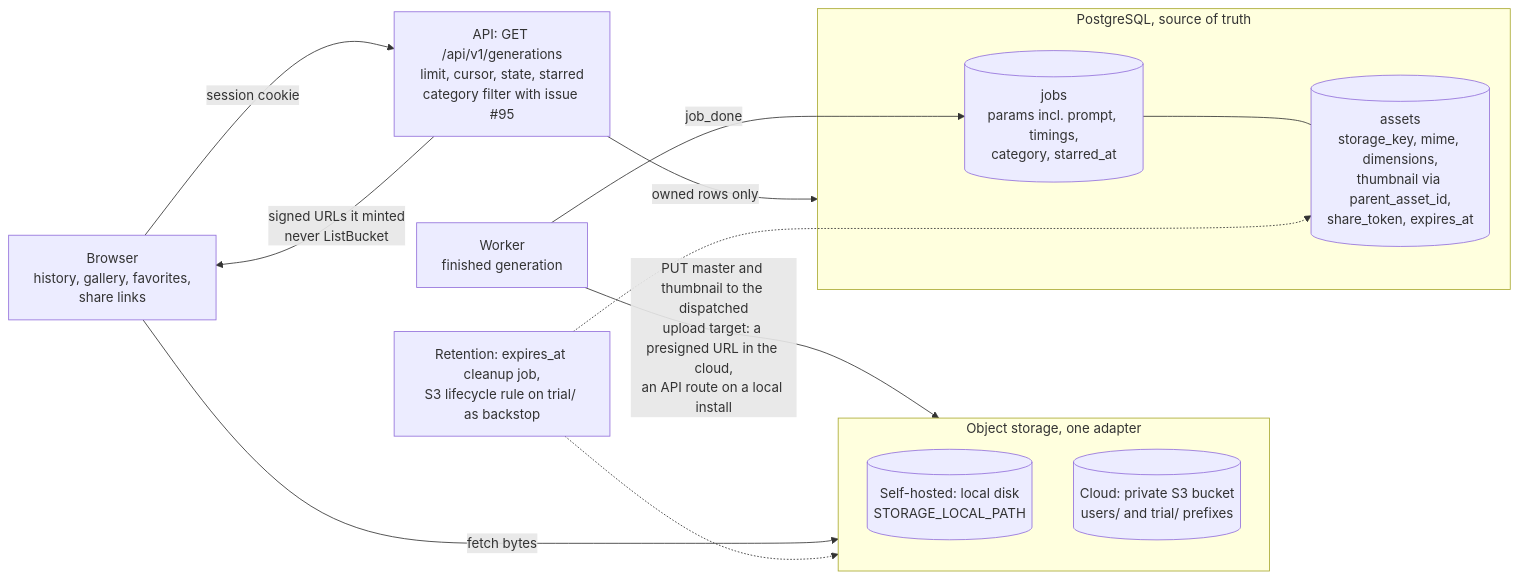
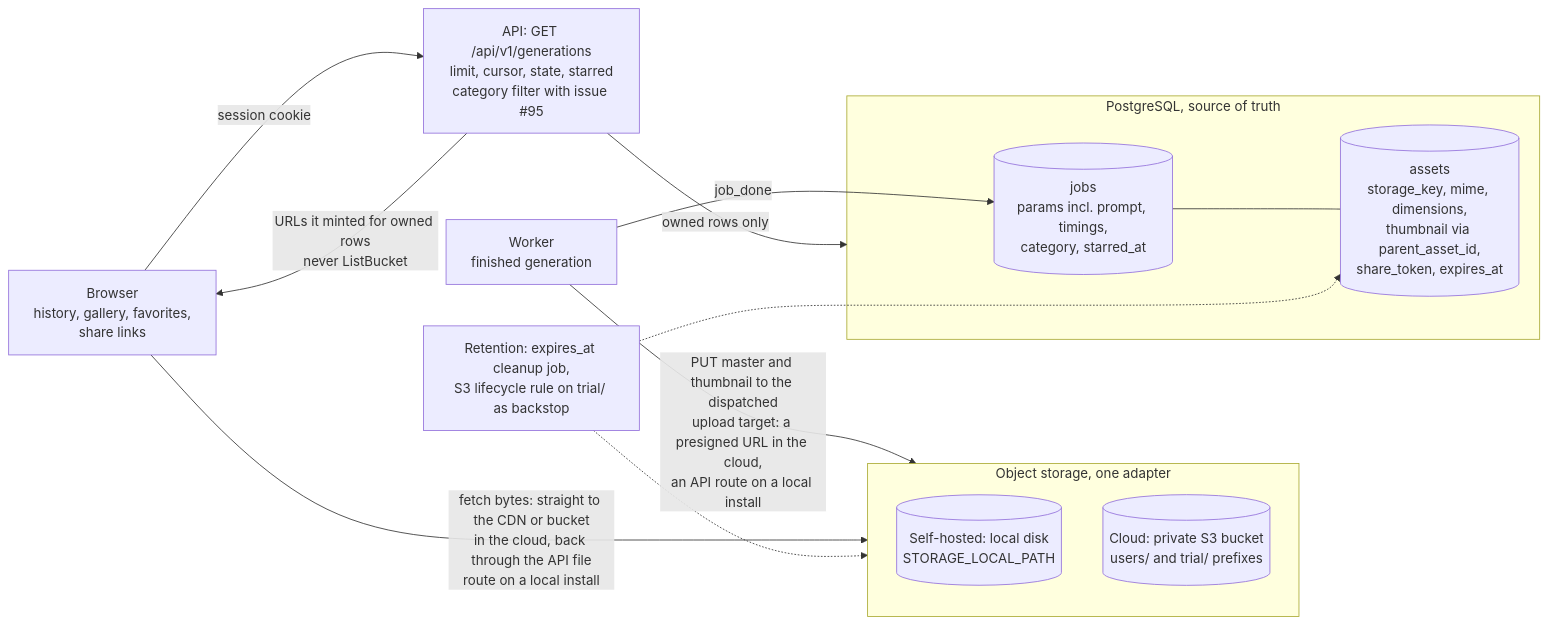
Diagram 14 of 15 in docs/architecture.md (Portocolom-Studio/potocolom), drawn with Mermaid before and after one commit. The commit also changed other lines of this file, not shown here.

Commit message:
Draw the local file route on the way out as well as in
Review of #127. The fetch edge implied the browser reaches storage
directly in both modes, the same conflation just fixed on the upload
edge: a local install serves bytes back through the API file route, only
the cloud hands out a URL the browser fetches itself.

The telemetry edge pointed from a node to the subgraph containing it,
which draws as something hard to read; other installs are now their own
node pointing at the ingest, which is what the label was trying to say.

````diff
--- a/docs/architecture.md
+++ b/docs/architecture.md
@@ -507,24 +507,24 @@
 ```mermaid
 flowchart LR
     W["Worker<br>finished generation"]
     subgraph STORE["Object storage, one adapter"]
         LD[("Self-hosted: local disk<br>STORAGE_LOCAL_PATH")]
         S3[("Cloud: private S3 bucket<br>users/ and trial/ prefixes")]
     end
     subgraph PG["PostgreSQL, source of truth"]
         J[("jobs<br>params incl. prompt, timings,<br>category, starred_at")]
         AS[("assets<br>storage_key, mime, dimensions,<br>thumbnail via parent_asset_id,<br>share_token, expires_at")]
     end
     B["Browser<br>history, gallery, favorites,<br>share links"]
     API["API: GET /api/v1/generations<br>limit, cursor, state, starred<br>category filter with issue #95"]
     CLEAN["Retention: expires_at cleanup job,<br>S3 lifecycle rule on trial/ as backstop"]
     W -->|"PUT master and thumbnail to the dispatched<br>upload target: a presigned URL in the cloud,<br>an API route on a local install"| STORE
     W -->|"job_done"| J
     J --- AS
     B -->|"session cookie"| API
     API -->|"owned rows only"| PG
-    API -->|"signed URLs it minted<br>never ListBucket"| B
-    B -->|"fetch bytes"| STORE
+    API -->|"URLs it minted for owned rows<br>never ListBucket"| B
+    B -->|"fetch bytes: straight to the CDN or bucket<br>in the cloud, back through the API file<br>route on a local install"| STORE
     CLEAN -.-> AS
     CLEAN -.-> STORE
 ```
````
